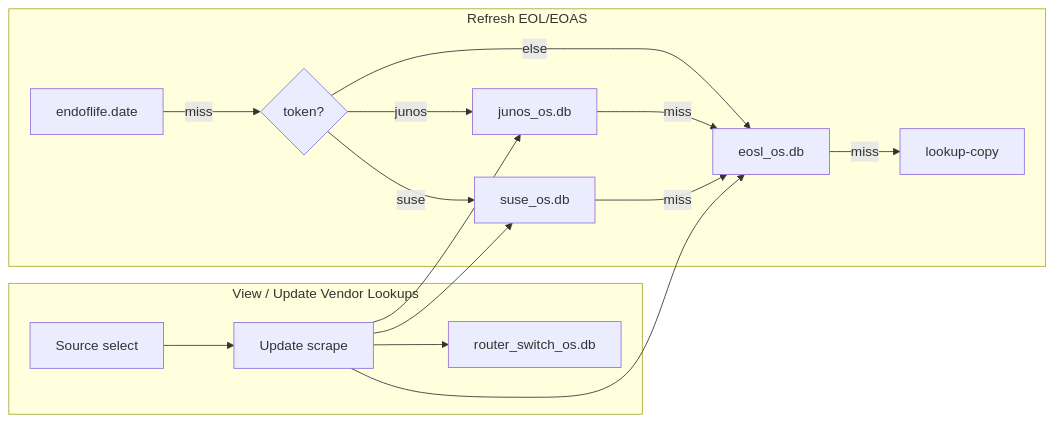
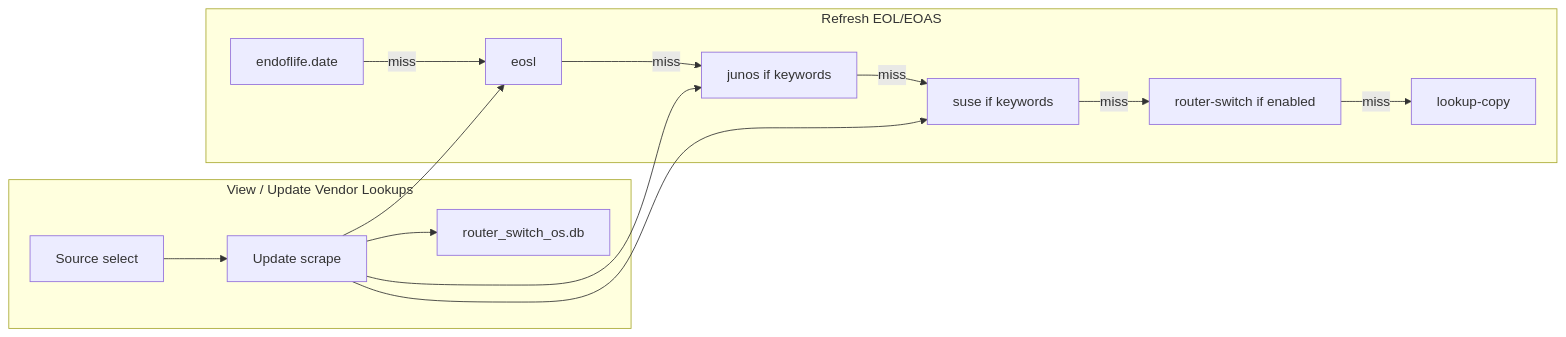
The fifth of 7 diagrams in README.md (jibinge0rge/OS-Health-Check), drawn with Mermaid before and after one commit. The commit also changed other lines of this file and 10 other files, not shown here.

````diff
--- a/README.md
+++ b/README.md
@@ -301,20 +313,18 @@
 ```mermaid
 flowchart LR
   subgraph refresh [Refresh EOL/EOAS]
-    A[endoflife.date] -->|miss| B{token?}
-    B -->|junos| C[junos_os.db]
-    B -->|suse| S[suse_os.db]
-    B -->|else| D[eosl_os.db]
-    C -->|miss| D
-    S -->|miss| D
-    D -->|miss| E[lookup-copy]
+    A[endoflife.date] -->|miss| D[eosl]
+    D -->|miss| C[junos if keywords]
+    C -->|miss| S[suse if keywords]
+    S -->|miss| RS[router-switch if enabled]
+    RS -->|miss| E[lookup-copy]
   end
 
   subgraph viewer [View / Update Vendor Lookups]
     V[Source select] --> U[Update scrape]
     U --> C
     U --> S
     U --> D
-    U --> RS[router_switch_os.db]
+    U --> RS2[router_switch_os.db]
   end
 ```
````
